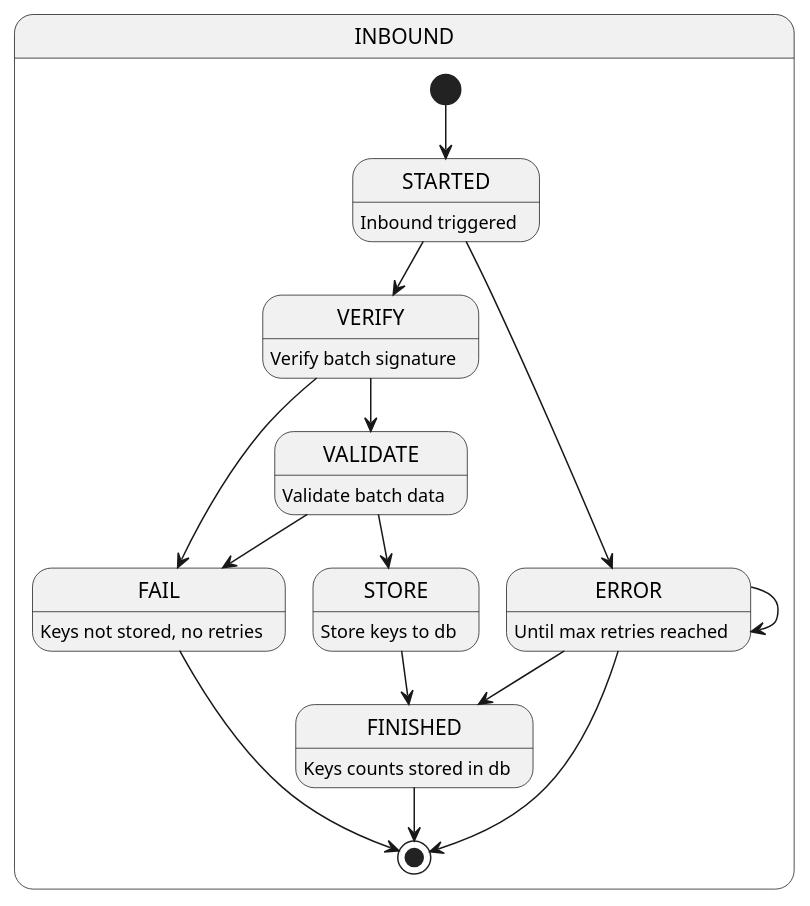
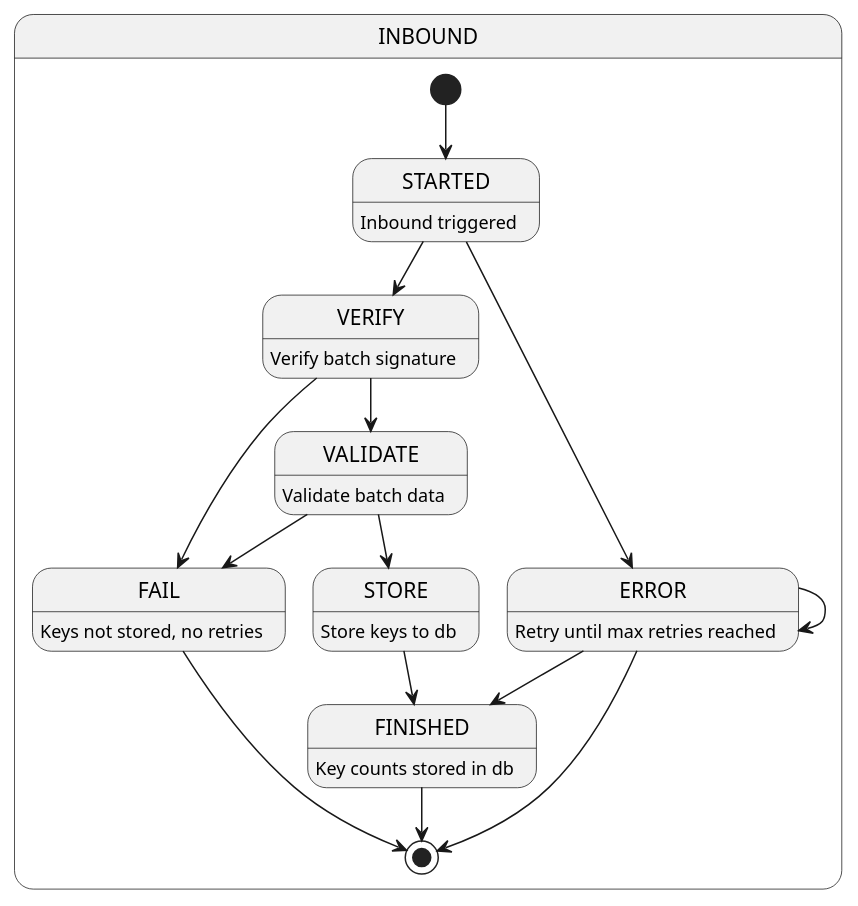
The diagram in documentation/plantuml/efgs_inbound.pu (THLfi/koronavilkku-backend), drawn with PlantUML before and after one commit. The commit also changed 4 other files, not shown here.

```diff
--- a/documentation/plantuml/efgs_inbound.pu
+++ b/documentation/plantuml/efgs_inbound.pu
@@ -1,25 +1,25 @@
 @startuml
 
 state INBOUND {
     [*] --> STARTED
     STARTED : Inbound triggered
     STARTED --> VERIFY
     VERIFY : Verify batch signature
     VERIFY --> VALIDATE
     VALIDATE : Validate batch data
     VALIDATE --> STORE
     STORE : Store keys to db
     STORE --> FINISHED
     STARTED --> ERROR
     VERIFY --> FAIL
     VALIDATE --> FAIL
     ERROR --> FINISHED
     ERROR --> ERROR
-    ERROR : Until max retries reached
-    FINISHED : Keys counts stored in db
+    ERROR : Retry until max retries reached
+    FINISHED : Key counts stored in db
     FAIL : Keys not stored, no retries
     FINISHED --> [*]
     ERROR --> [*]
     FAIL --> [*]
 }
 @enduml
```
